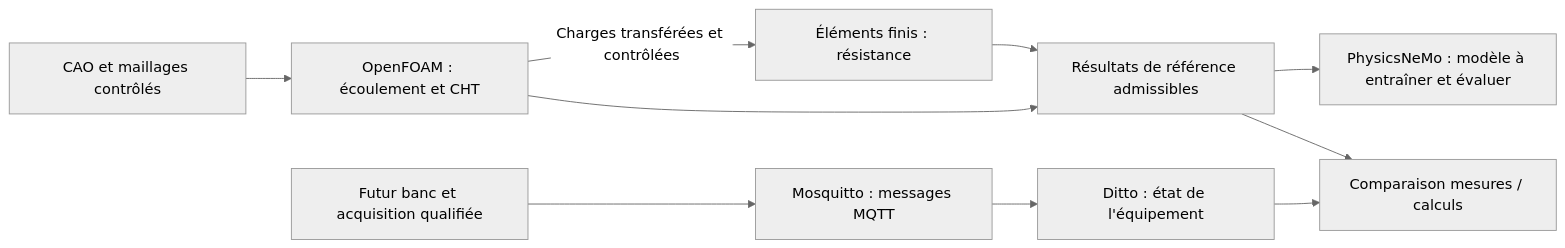
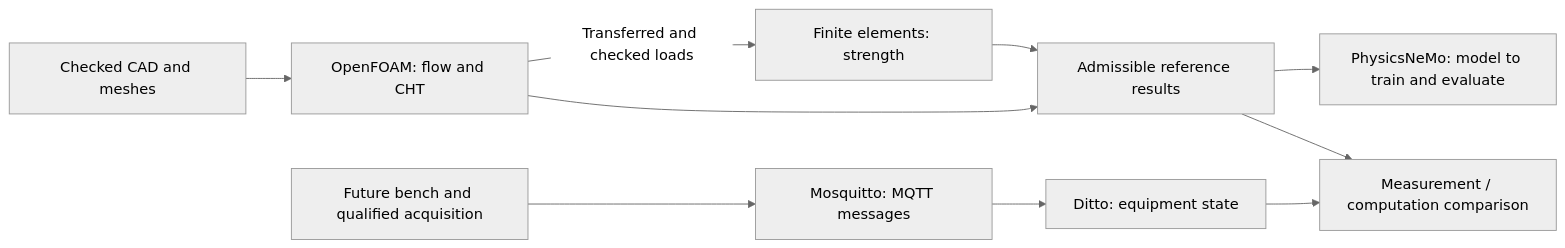
Before and after one commit to cluster2600/porscheparts: the first of 3 diagrams in docs/reports/M64_MULTIPHYSICS_EXECUTION.md, drawn with Mermaid (neutral theme). The commit also changed other lines of this file and 228 other files, not shown here.

````diff
--- a/docs/reports/M64_MULTIPHYSICS_EXECUTION.md
+++ b/docs/reports/M64_MULTIPHYSICS_EXECUTION.md
@@ -155,12 +164,12 @@
 ```mermaid
 flowchart LR
-    A["CAO et maillages contrôlés"] --> B["OpenFOAM : écoulement et CHT"]
-    B -->|"Charges transférées et contrôlées"| C["Éléments finis : résistance"]
-    B --> D["Résultats de référence admissibles"]
+    A["Checked CAD and meshes"] --> B["OpenFOAM: flow and CHT"]
+    B -->|"Transferred and checked loads"| C["Finite elements: strength"]
+    B --> D["Admissible reference results"]
     C --> D
-    D --> E["PhysicsNeMo : modèle à entraîner et évaluer"]
-    F["Futur banc et acquisition qualifiée"] --> G["Mosquitto : messages MQTT"]
-    G --> H["Ditto : état de l'équipement"]
-    H --> I["Comparaison mesures / calculs"]
+    D --> E["PhysicsNeMo: model to train and evaluate"]
+    F["Future bench and qualified acquisition"] --> G["Mosquitto: MQTT messages"]
+    G --> H["Ditto: equipment state"]
+    H --> I["Measurement / computation comparison"]
     D --> I
 ```
````
